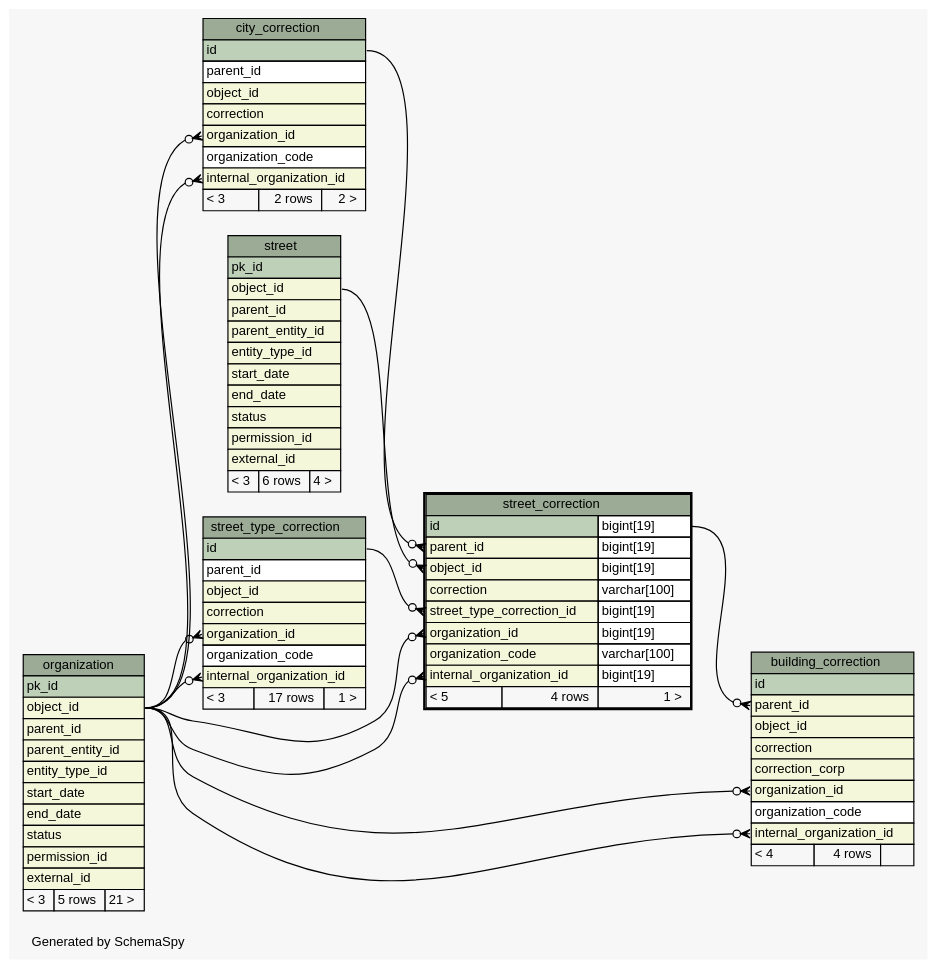
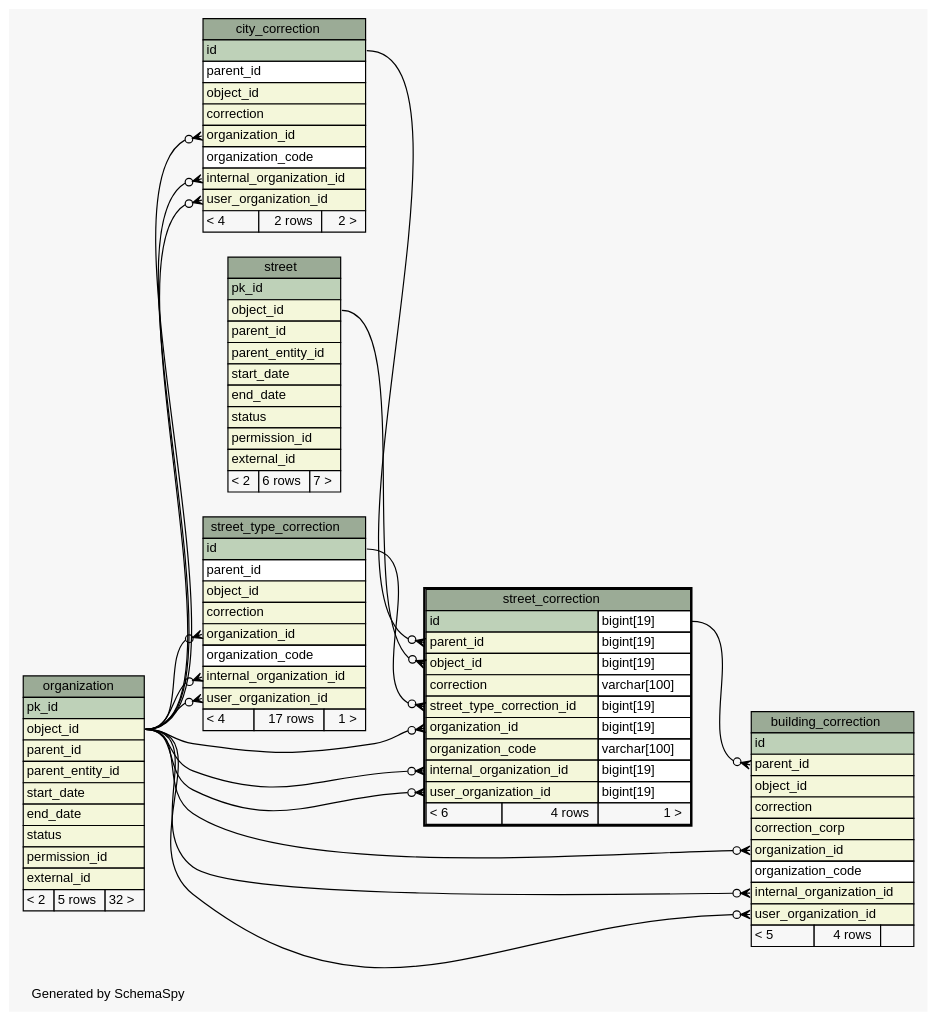
The diagram in osznconnection-db/doc/osznconnection/diagrams/street_correction.1degree.dot (complitex/svn_osznconnection), drawn with Graphviz before and after one commit. The commit also changed 477 other files, not shown here.

Commit message:
Re-generated outdated schema visualization

```diff
--- a/osznconnection-db/doc/osznconnection/diagrams/street_correction.1degree.dot
+++ b/osznconnection-db/doc/osznconnection/diagrams/street_correction.1degree.dot
@@ -1,138 +1,144 @@
 // dot 2.28.0 on Windows 7 6.1
 // SchemaSpy rev 590
 digraph "oneDegreeRelationshipsDiagram" {
   graph [
     rankdir="RL"
     bgcolor="#f7f7f7"
     label="\nGenerated by SchemaSpy"
     labeljust="l"
     nodesep="0.18"
     ranksep="0.46"
     fontname="Helvetica"
     fontsize="11"
   ];
   node [
     fontname="Helvetica"
     fontsize="11"
     shape="plaintext"
   ];
   edge [
     arrowsize="0.8"
   ];
   "building_correction":"internal_organization_id":w -> "organization":"object_id":e [arrowhead=none dir=back arrowtail=crowodot];
   "building_correction":"organization_id":w -> "organization":"object_id":e [arrowhead=none dir=back arrowtail=crowodot];
   "building_correction":"parent_id":w -> "street_correction":"id.type":e [arrowhead=none dir=back arrowtail=crowodot];
+  "building_correction":"user_organization_id":w -> "organization":"object_id":e [arrowhead=none dir=back arrowtail=crowodot];
   "city_correction":"internal_organization_id":w -> "organization":"object_id":e [arrowhead=none dir=back arrowtail=crowodot];
   "city_correction":"organization_id":w -> "organization":"object_id":e [arrowhead=none dir=back arrowtail=crowodot];
+  "city_correction":"user_organization_id":w -> "organization":"object_id":e [arrowhead=none dir=back arrowtail=crowodot];
   "street_correction":"internal_organization_id":w -> "organization":"object_id":e [arrowhead=none dir=back arrowtail=crowodot];
   "street_correction":"object_id":w -> "street":"object_id":e [arrowhead=none dir=back arrowtail=crowodot];
   "street_correction":"organization_id":w -> "organization":"object_id":e [arrowhead=none dir=back arrowtail=crowodot];
   "street_correction":"parent_id":w -> "city_correction":"id":e [arrowhead=none dir=back arrowtail=crowodot];
   "street_correction":"street_type_correction_id":w -> "street_type_correction":"id":e [arrowhead=none dir=back arrowtail=crowodot];
+  "street_correction":"user_organization_id":w -> "organization":"object_id":e [arrowhead=none dir=back arrowtail=crowodot];
   "street_type_correction":"internal_organization_id":w -> "organization":"object_id":e [arrowhead=none dir=back arrowtail=crowodot];
   "street_type_correction":"organization_id":w -> "organization":"object_id":e [arrowhead=none dir=back arrowtail=crowodot];
+  "street_type_correction":"user_organization_id":w -> "organization":"object_id":e [arrowhead=none dir=back arrowtail=crowodot];
   "building_correction" [
     label=<
     <TABLE BORDER="0" CELLBORDER="1" CELLSPACING="0" BGCOLOR="#ffffff">
       <TR><TD COLSPAN="3" BGCOLOR="#9bab96" ALIGN="CENTER">building_correction</TD></TR>
       <TR><TD PORT="id" COLSPAN="3" BGCOLOR="#bed1b8" ALIGN="LEFT">id</TD></TR>
       <TR><TD PORT="parent_id" COLSPAN="3" BGCOLOR="#f4f7da" ALIGN="LEFT">parent_id</TD></TR>
       <TR><TD PORT="object_id" COLSPAN="3" BGCOLOR="#f4f7da" ALIGN="LEFT">object_id</TD></TR>
       <TR><TD PORT="correction" COLSPAN="3" BGCOLOR="#f4f7da" ALIGN="LEFT">correction</TD></TR>
       <TR><TD PORT="correction_corp" COLSPAN="3" BGCOLOR="#f4f7da" ALIGN="LEFT">correction_corp</TD></TR>
       <TR><TD PORT="organization_id" COLSPAN="3" BGCOLOR="#f4f7da" ALIGN="LEFT">organization_id</TD></TR>
       <TR><TD PORT="organization_code" COLSPAN="3" ALIGN="LEFT">organization_code</TD></TR>
       <TR><TD PORT="internal_organization_id" COLSPAN="3" BGCOLOR="#f4f7da" ALIGN="LEFT">internal_organization_id</TD></TR>
-      <TR><TD ALIGN="LEFT" BGCOLOR="#f7f7f7">&lt; 4</TD><TD ALIGN="RIGHT" BGCOLOR="#f7f7f7">4 rows</TD><TD ALIGN="RIGHT" BGCOLOR="#f7f7f7">  </TD></TR>
+      <TR><TD PORT="user_organization_id" COLSPAN="3" BGCOLOR="#f4f7da" ALIGN="LEFT">user_organization_id</TD></TR>
+      <TR><TD ALIGN="LEFT" BGCOLOR="#f7f7f7">&lt; 5</TD><TD ALIGN="RIGHT" BGCOLOR="#f7f7f7">4 rows</TD><TD ALIGN="RIGHT" BGCOLOR="#f7f7f7">  </TD></TR>
     </TABLE>>
     URL="building_correction.html"
     tooltip="building_correction"
   ];
   "city_correction" [
     label=<
     <TABLE BORDER="0" CELLBORDER="1" CELLSPACING="0" BGCOLOR="#ffffff">
       <TR><TD COLSPAN="3" BGCOLOR="#9bab96" ALIGN="CENTER">city_correction</TD></TR>
       <TR><TD PORT="id" COLSPAN="3" BGCOLOR="#bed1b8" ALIGN="LEFT">id</TD></TR>
       <TR><TD PORT="parent_id" COLSPAN="3" ALIGN="LEFT">parent_id</TD></TR>
       <TR><TD PORT="object_id" COLSPAN="3" BGCOLOR="#f4f7da" ALIGN="LEFT">object_id</TD></TR>
       <TR><TD PORT="correction" COLSPAN="3" BGCOLOR="#f4f7da" ALIGN="LEFT">correction</TD></TR>
       <TR><TD PORT="organization_id" COLSPAN="3" BGCOLOR="#f4f7da" ALIGN="LEFT">organization_id</TD></TR>
       <TR><TD PORT="organization_code" COLSPAN="3" ALIGN="LEFT">organization_code</TD></TR>
       <TR><TD PORT="internal_organization_id" COLSPAN="3" BGCOLOR="#f4f7da" ALIGN="LEFT">internal_organization_id</TD></TR>
-      <TR><TD ALIGN="LEFT" BGCOLOR="#f7f7f7">&lt; 3</TD><TD ALIGN="RIGHT" BGCOLOR="#f7f7f7">2 rows</TD><TD ALIGN="RIGHT" BGCOLOR="#f7f7f7">2 &gt;</TD></TR>
+      <TR><TD PORT="user_organization_id" COLSPAN="3" BGCOLOR="#f4f7da" ALIGN="LEFT">user_organization_id</TD></TR>
+      <TR><TD ALIGN="LEFT" BGCOLOR="#f7f7f7">&lt; 4</TD><TD ALIGN="RIGHT" BGCOLOR="#f7f7f7">2 rows</TD><TD ALIGN="RIGHT" BGCOLOR="#f7f7f7">2 &gt;</TD></TR>
     </TABLE>>
     URL="city_correction.html"
     tooltip="city_correction"
   ];
   "organization" [
     label=<
     <TABLE BORDER="0" CELLBORDER="1" CELLSPACING="0" BGCOLOR="#ffffff">
       <TR><TD COLSPAN="3" BGCOLOR="#9bab96" ALIGN="CENTER">organization</TD></TR>
       <TR><TD PORT="pk_id" COLSPAN="3" BGCOLOR="#bed1b8" ALIGN="LEFT">pk_id</TD></TR>
       <TR><TD PORT="object_id" COLSPAN="3" BGCOLOR="#f4f7da" ALIGN="LEFT">object_id</TD></TR>
       <TR><TD PORT="parent_id" COLSPAN="3" BGCOLOR="#f4f7da" ALIGN="LEFT">parent_id</TD></TR>
       <TR><TD PORT="parent_entity_id" COLSPAN="3" BGCOLOR="#f4f7da" ALIGN="LEFT">parent_entity_id</TD></TR>
-      <TR><TD PORT="entity_type_id" COLSPAN="3" BGCOLOR="#f4f7da" ALIGN="LEFT">entity_type_id</TD></TR>
       <TR><TD PORT="start_date" COLSPAN="3" BGCOLOR="#f4f7da" ALIGN="LEFT">start_date</TD></TR>
       <TR><TD PORT="end_date" COLSPAN="3" BGCOLOR="#f4f7da" ALIGN="LEFT">end_date</TD></TR>
       <TR><TD PORT="status" COLSPAN="3" BGCOLOR="#f4f7da" ALIGN="LEFT">status</TD></TR>
       <TR><TD PORT="permission_id" COLSPAN="3" BGCOLOR="#f4f7da" ALIGN="LEFT">permission_id</TD></TR>
       <TR><TD PORT="external_id" COLSPAN="3" BGCOLOR="#f4f7da" ALIGN="LEFT">external_id</TD></TR>
-      <TR><TD ALIGN="LEFT" BGCOLOR="#f7f7f7">&lt; 3</TD><TD ALIGN="RIGHT" BGCOLOR="#f7f7f7">5 rows</TD><TD ALIGN="RIGHT" BGCOLOR="#f7f7f7">21 &gt;</TD></TR>
+      <TR><TD ALIGN="LEFT" BGCOLOR="#f7f7f7">&lt; 2</TD><TD ALIGN="RIGHT" BGCOLOR="#f7f7f7">5 rows</TD><TD ALIGN="RIGHT" BGCOLOR="#f7f7f7">32 &gt;</TD></TR>
     </TABLE>>
     URL="organization.html"
     tooltip="organization"
   ];
   "street" [
     label=<
     <TABLE BORDER="0" CELLBORDER="1" CELLSPACING="0" BGCOLOR="#ffffff">
       <TR><TD COLSPAN="3" BGCOLOR="#9bab96" ALIGN="CENTER">street</TD></TR>
       <TR><TD PORT="pk_id" COLSPAN="3" BGCOLOR="#bed1b8" ALIGN="LEFT">pk_id</TD></TR>
       <TR><TD PORT="object_id" COLSPAN="3" BGCOLOR="#f4f7da" ALIGN="LEFT">object_id</TD></TR>
       <TR><TD PORT="parent_id" COLSPAN="3" BGCOLOR="#f4f7da" ALIGN="LEFT">parent_id</TD></TR>
       <TR><TD PORT="parent_entity_id" COLSPAN="3" BGCOLOR="#f4f7da" ALIGN="LEFT">parent_entity_id</TD></TR>
-      <TR><TD PORT="entity_type_id" COLSPAN="3" BGCOLOR="#f4f7da" ALIGN="LEFT">entity_type_id</TD></TR>
       <TR><TD PORT="start_date" COLSPAN="3" BGCOLOR="#f4f7da" ALIGN="LEFT">start_date</TD></TR>
       <TR><TD PORT="end_date" COLSPAN="3" BGCOLOR="#f4f7da" ALIGN="LEFT">end_date</TD></TR>
       <TR><TD PORT="status" COLSPAN="3" BGCOLOR="#f4f7da" ALIGN="LEFT">status</TD></TR>
       <TR><TD PORT="permission_id" COLSPAN="3" BGCOLOR="#f4f7da" ALIGN="LEFT">permission_id</TD></TR>
       <TR><TD PORT="external_id" COLSPAN="3" BGCOLOR="#f4f7da" ALIGN="LEFT">external_id</TD></TR>
-      <TR><TD ALIGN="LEFT" BGCOLOR="#f7f7f7">&lt; 3</TD><TD ALIGN="RIGHT" BGCOLOR="#f7f7f7">6 rows</TD><TD ALIGN="RIGHT" BGCOLOR="#f7f7f7">4 &gt;</TD></TR>
+      <TR><TD ALIGN="LEFT" BGCOLOR="#f7f7f7">&lt; 2</TD><TD ALIGN="RIGHT" BGCOLOR="#f7f7f7">6 rows</TD><TD ALIGN="RIGHT" BGCOLOR="#f7f7f7">7 &gt;</TD></TR>
     </TABLE>>
     URL="street.html"
     tooltip="street"
   ];
   "street_correction" [
     label=<
     <TABLE BORDER="2" CELLBORDER="1" CELLSPACING="0" BGCOLOR="#ffffff">
       <TR><TD COLSPAN="3" BGCOLOR="#9bab96" ALIGN="CENTER">street_correction</TD></TR>
       <TR><TD PORT="id" COLSPAN="2" BGCOLOR="#bed1b8" ALIGN="LEFT">id</TD><TD PORT="id.type" ALIGN="LEFT">bigint[19]</TD></TR>
       <TR><TD PORT="parent_id" COLSPAN="2" BGCOLOR="#f4f7da" ALIGN="LEFT">parent_id</TD><TD PORT="parent_id.type" ALIGN="LEFT">bigint[19]</TD></TR>
       <TR><TD PORT="object_id" COLSPAN="2" BGCOLOR="#f4f7da" ALIGN="LEFT">object_id</TD><TD PORT="object_id.type" ALIGN="LEFT">bigint[19]</TD></TR>
       <TR><TD PORT="correction" COLSPAN="2" BGCOLOR="#f4f7da" ALIGN="LEFT">correction</TD><TD PORT="correction.type" ALIGN="LEFT">varchar[100]</TD></TR>
       <TR><TD PORT="street_type_correction_id" COLSPAN="2" BGCOLOR="#f4f7da" ALIGN="LEFT">street_type_correction_id</TD><TD PORT="street_type_correction_id.type" ALIGN="LEFT">bigint[19]</TD></TR>
       <TR><TD PORT="organization_id" COLSPAN="2" BGCOLOR="#f4f7da" ALIGN="LEFT">organization_id</TD><TD PORT="organization_id.type" ALIGN="LEFT">bigint[19]</TD></TR>
       <TR><TD PORT="organization_code" COLSPAN="2" BGCOLOR="#f4f7da" ALIGN="LEFT">organization_code</TD><TD PORT="organization_code.type" ALIGN="LEFT">varchar[100]</TD></TR>
       <TR><TD PORT="internal_organization_id" COLSPAN="2" BGCOLOR="#f4f7da" ALIGN="LEFT">internal_organization_id</TD><TD PORT="internal_organization_id.type" ALIGN="LEFT">bigint[19]</TD></TR>
-      <TR><TD ALIGN="LEFT" BGCOLOR="#f7f7f7">&lt; 5</TD><TD ALIGN="RIGHT" BGCOLOR="#f7f7f7">4 rows</TD><TD ALIGN="RIGHT" BGCOLOR="#f7f7f7">1 &gt;</TD></TR>
+      <TR><TD PORT="user_organization_id" COLSPAN="2" BGCOLOR="#f4f7da" ALIGN="LEFT">user_organization_id</TD><TD PORT="user_organization_id.type" ALIGN="LEFT">bigint[19]</TD></TR>
+      <TR><TD ALIGN="LEFT" BGCOLOR="#f7f7f7">&lt; 6</TD><TD ALIGN="RIGHT" BGCOLOR="#f7f7f7">4 rows</TD><TD ALIGN="RIGHT" BGCOLOR="#f7f7f7">1 &gt;</TD></TR>
     </TABLE>>
     URL="street_correction.html"
     tooltip="street_correction"
   ];
   "street_type_correction" [
     label=<
     <TABLE BORDER="0" CELLBORDER="1" CELLSPACING="0" BGCOLOR="#ffffff">
       <TR><TD COLSPAN="3" BGCOLOR="#9bab96" ALIGN="CENTER">street_type_correction</TD></TR>
       <TR><TD PORT="id" COLSPAN="3" BGCOLOR="#bed1b8" ALIGN="LEFT">id</TD></TR>
       <TR><TD PORT="parent_id" COLSPAN="3" ALIGN="LEFT">parent_id</TD></TR>
       <TR><TD PORT="object_id" COLSPAN="3" BGCOLOR="#f4f7da" ALIGN="LEFT">object_id</TD></TR>
       <TR><TD PORT="correction" COLSPAN="3" BGCOLOR="#f4f7da" ALIGN="LEFT">correction</TD></TR>
       <TR><TD PORT="organization_id" COLSPAN="3" BGCOLOR="#f4f7da" ALIGN="LEFT">organization_id</TD></TR>
       <TR><TD PORT="organization_code" COLSPAN="3" ALIGN="LEFT">organization_code</TD></TR>
       <TR><TD PORT="internal_organization_id" COLSPAN="3" BGCOLOR="#f4f7da" ALIGN="LEFT">internal_organization_id</TD></TR>
-      <TR><TD ALIGN="LEFT" BGCOLOR="#f7f7f7">&lt; 3</TD><TD ALIGN="RIGHT" BGCOLOR="#f7f7f7">17 rows</TD><TD ALIGN="RIGHT" BGCOLOR="#f7f7f7">1 &gt;</TD></TR>
+      <TR><TD PORT="user_organization_id" COLSPAN="3" BGCOLOR="#f4f7da" ALIGN="LEFT">user_organization_id</TD></TR>
+      <TR><TD ALIGN="LEFT" BGCOLOR="#f7f7f7">&lt; 4</TD><TD ALIGN="RIGHT" BGCOLOR="#f7f7f7">17 rows</TD><TD ALIGN="RIGHT" BGCOLOR="#f7f7f7">1 &gt;</TD></TR>
     </TABLE>>
     URL="street_type_correction.html"
     tooltip="street_type_correction"
   ];
 }
```
